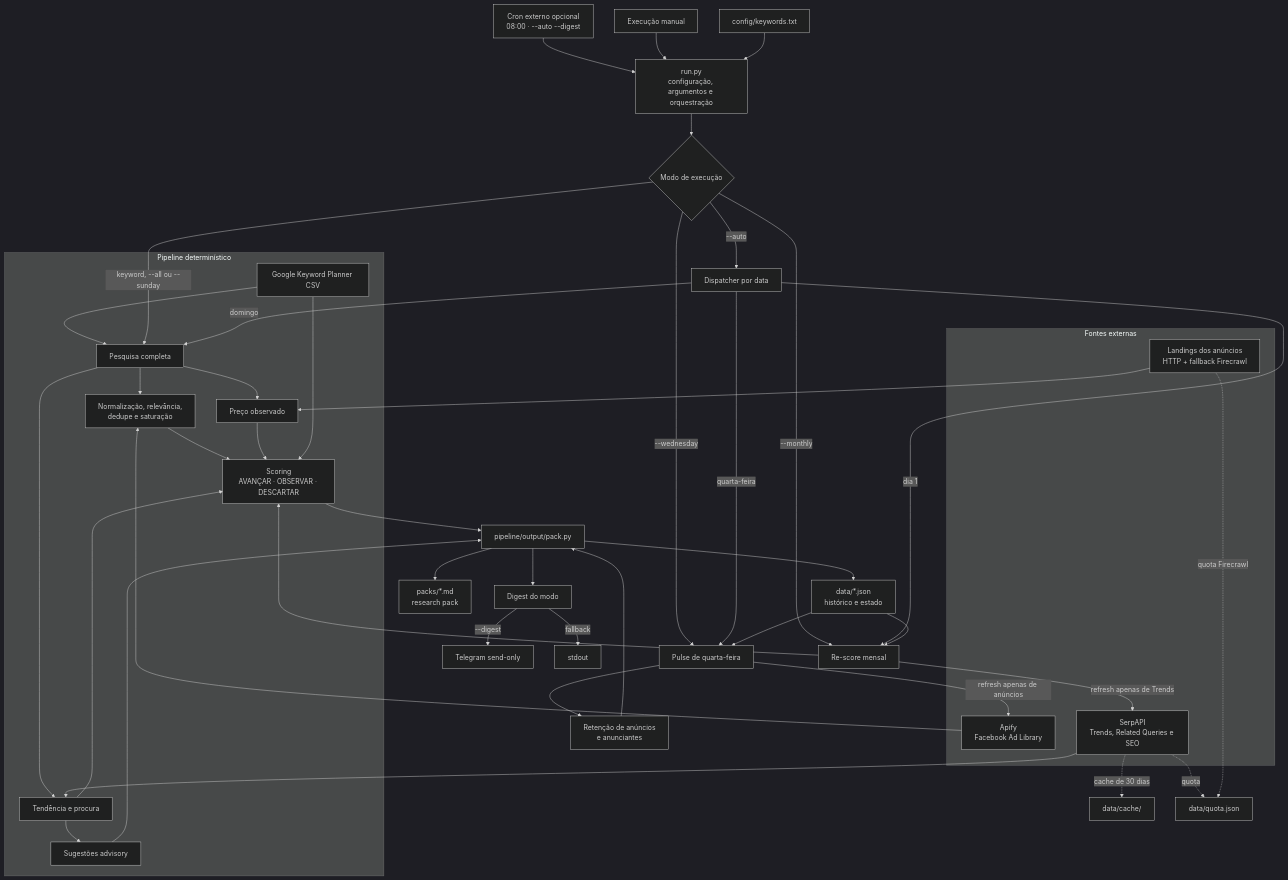
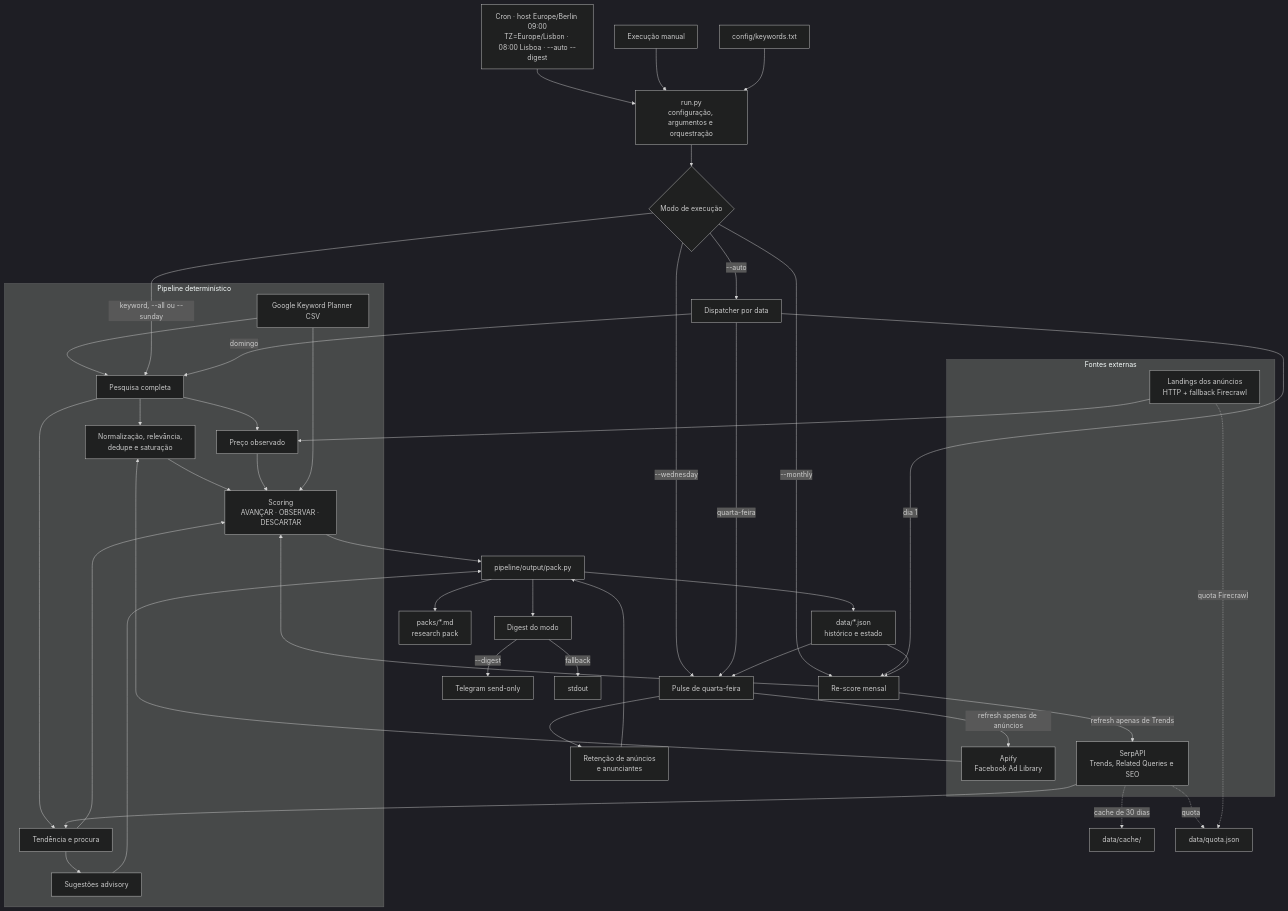
Before and after one commit to Vitor-VarelAI/Ecom-Research: the diagram in README.md, drawn with Mermaid (dark theme). The commit also changed other lines of this file and 32 other files, not shown here.

````diff
--- a/README.md
+++ b/README.md
@@ -40,56 +40,56 @@
 ```mermaid
 flowchart TD
-    Cron["Cron externo opcional<br/>08:00 · --auto --digest"] --> CLI["run.py<br/>configuração, argumentos e orquestração"]
+    Cron["Cron · host Europe/Berlin 09:00<br/>TZ=Europe/Lisbon · 08:00 Lisboa · --auto --digest"] --> CLI["run.py<br/>configuração, argumentos e orquestração"]
     User["Execução manual"] --> CLI
     Keywords["config/keywords.txt"] --> CLI
     KeywordCSV["Google Keyword Planner CSV"] --> Full
 
     CLI --> Mode{"Modo de execução"}
     Mode -->|keyword, --all ou --sunday| Full["Pesquisa completa"]
     Mode -->|--wednesday| Wednesday["Pulse de quarta-feira"]
     Mode -->|--monthly| Monthly["Re-score mensal"]
     Mode -->|--auto| Calendar["Dispatcher por data"]
     Calendar -->|domingo| Full
     Calendar -->|quarta-feira| Wednesday
     Calendar -->|dia 1| Monthly
 
     subgraph Sources["Fontes externas"]
         Apify["Apify<br/>Facebook Ad Library"]
         SerpAPI["SerpAPI<br/>Trends, Related Queries e SEO"]
         Landings["Landings dos anúncios<br/>HTTP + fallback Firecrawl"]
     end
 
     subgraph Pipeline["Pipeline determinístico"]
         Full --> Ads["Normalização, relevância,<br/>dedupe e saturação"]
         Apify --> Ads
         Full --> Trends["Tendência e procura"]
         SerpAPI --> Trends
         Full --> Price["Preço observado"]
         Landings --> Price
         Ads --> Score["Scoring<br/>AVANÇAR · OBSERVAR · DESCARTAR"]
         Trends --> Score
         Price --> Score
         KeywordCSV --> Score
         Trends --> Suggestions["Sugestões advisory"]
     end
 
     History["data/*.json<br/>histórico e estado"] --> Wednesday
     History --> Monthly
     Wednesday -->|refresh apenas de anúncios| Apify
     Wednesday --> Cohort["Retenção de anúncios<br/>e anunciantes"]
     Monthly -->|refresh apenas de Trends| SerpAPI
     Monthly --> Score
 
     Score --> Pack["pipeline/output/pack.py"]
     Suggestions --> Pack
     Cohort --> Pack
     Pack --> Markdown["packs/*.md<br/>research pack"]
     Pack --> History
     Pack --> Digest["Digest do modo"]
     Digest -->|--digest| Telegram["Telegram send-only"]
     Digest -->|fallback| Stdout["stdout"]
 
     SerpAPI -. cache de 30 dias .-> Cache["data/cache/"]
     SerpAPI -. quota .-> Quota["data/quota.json"]
     Landings -. quota Firecrawl .-> Quota
 ```
````
